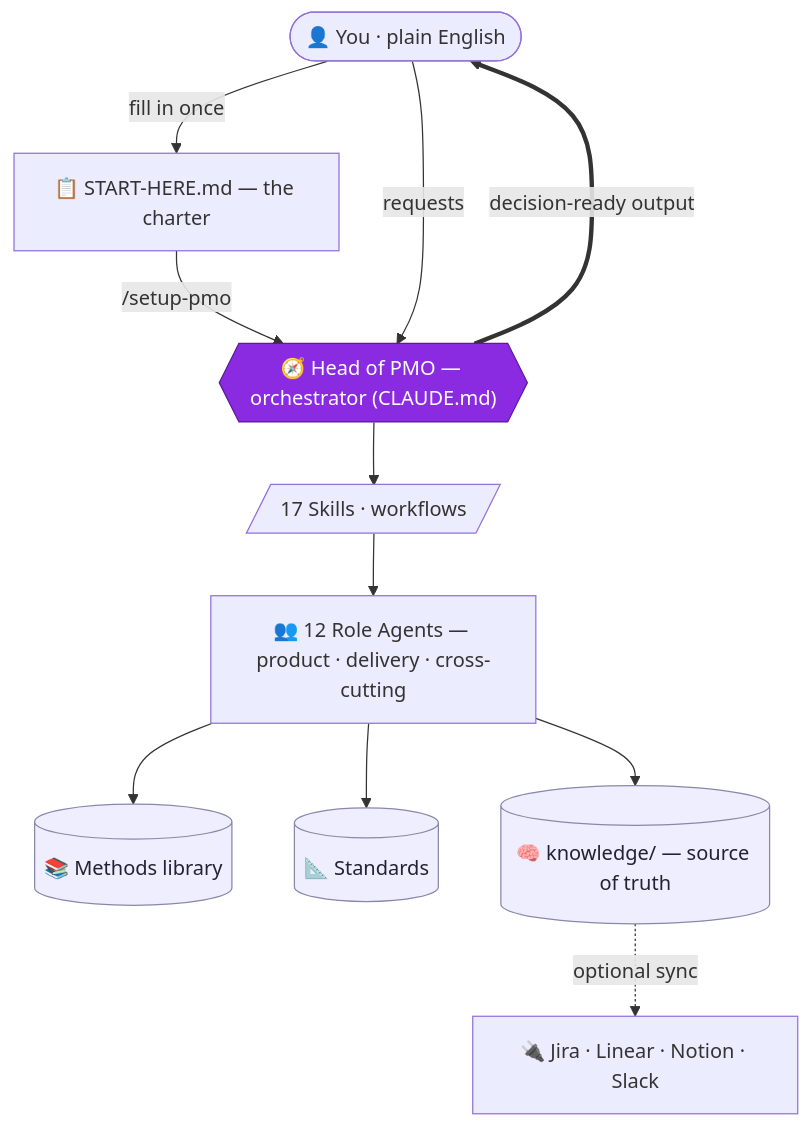
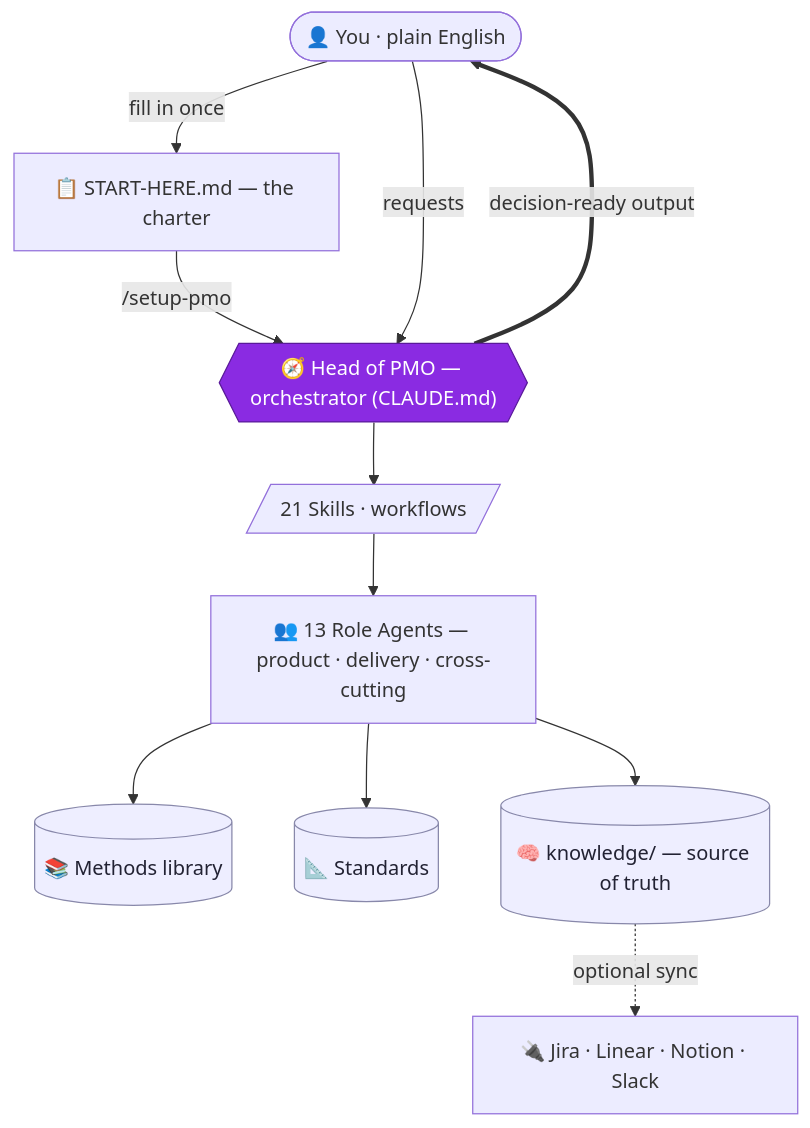
The first of 2 diagrams in README.md (link7373/agentic-pmo), drawn with Mermaid before and after one commit. The commit also changed other lines of this file and 16 other files, not shown here.

````diff
--- a/README.md
+++ b/README.md
@@ -34,18 +34,18 @@
 ```mermaid
 flowchart TD
     A(["👤 You · plain English"]) -->|"fill in once"| B["📋 START-HERE.md — the charter"]
     B -->|"/setup-pmo"| M
     A -->|"requests"| M{{"🧭 Head of PMO — orchestrator (CLAUDE.md)"}}
-    M --> SK[/"17 Skills · workflows"/]
-    SK --> AG["👥 12 Role Agents — product · delivery · cross-cutting"]
+    M --> SK[/"21 Skills · workflows"/]
+    SK --> AG["👥 13 Role Agents — product · delivery · cross-cutting"]
     AG --> ME[("📚 Methods library")]
     AG --> ST[("📐 Standards")]
     AG --> KN[("🧠 knowledge/ — source of truth")]
     KN -. "optional sync" .-> TOOLS["🔌 Jira · Linear · Notion · Slack"]
     M ==>|"decision-ready output"| A
 
     classDef hub fill:#8A2BE2,stroke:#5a1a9a,color:#fff;
     classDef store fill:#eef,stroke:#88a,color:#223;
     class M hub;
     class ME,ST,KN store;
 ```
````
